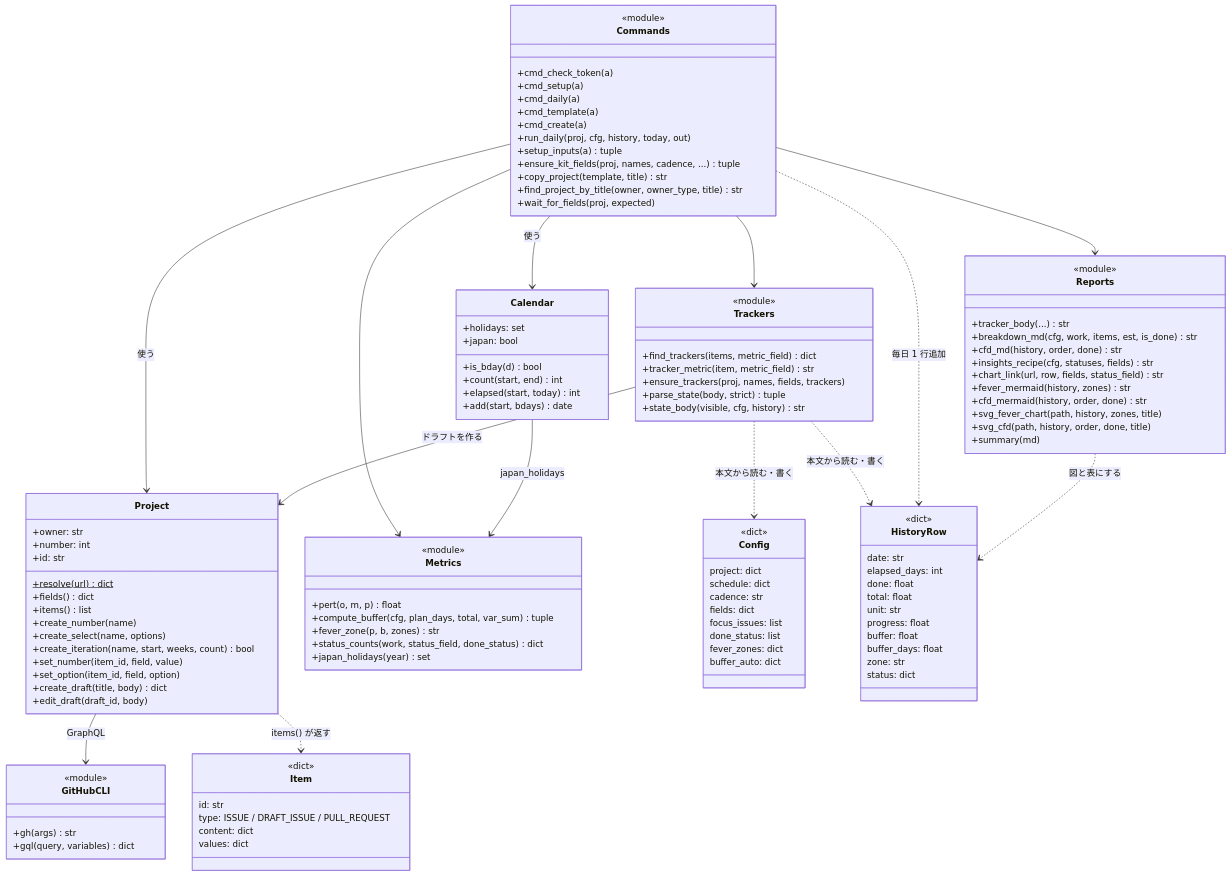
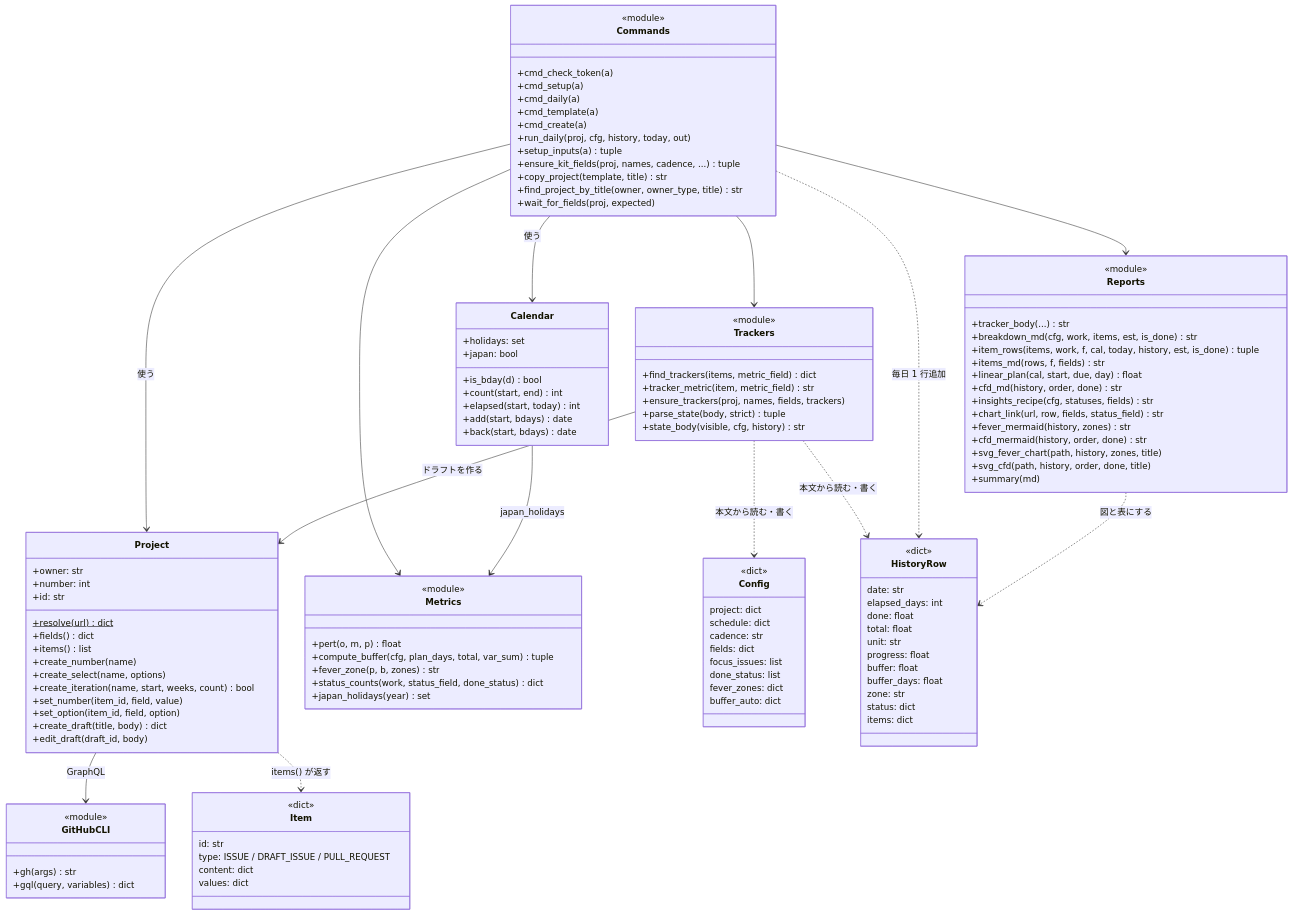
The second of 11 diagrams in docs/design.md (aztechaz357/projects-insights-kit), drawn with Mermaid before and after one commit. The commit also changed other lines of this file and 4 other files, not shown here.

First line of the commit message:
Add a per-item progress table (cumulative, daily and weekly plan vs actual)

```diff
--- a/docs/design.md
+++ b/docs/design.md
@@ -117,6 +118,7 @@
         +count(start, end) int
         +elapsed(start, today) int
         +add(start, bdays) date
+        +back(start, bdays) date
     }
 
     class Commands {
@@ -156,6 +158,9 @@
         <<module>>
         +tracker_body(...) str
         +breakdown_md(cfg, work, items, est, is_done) str
+        +item_rows(items, work, f, cal, today, history, est, is_done) tuple
+        +items_md(rows, f, fields) str
+        +linear_plan(cal, start, due, day) float
         +cfd_md(history, order, done) str
         +insights_recipe(cfg, statuses, fields) str
         +chart_link(url, row, fields, status_field) str
@@ -196,6 +201,7 @@
         buffer_days: float
         zone: str
         status: dict
+        items: dict
     }
 
     class Item {
```
